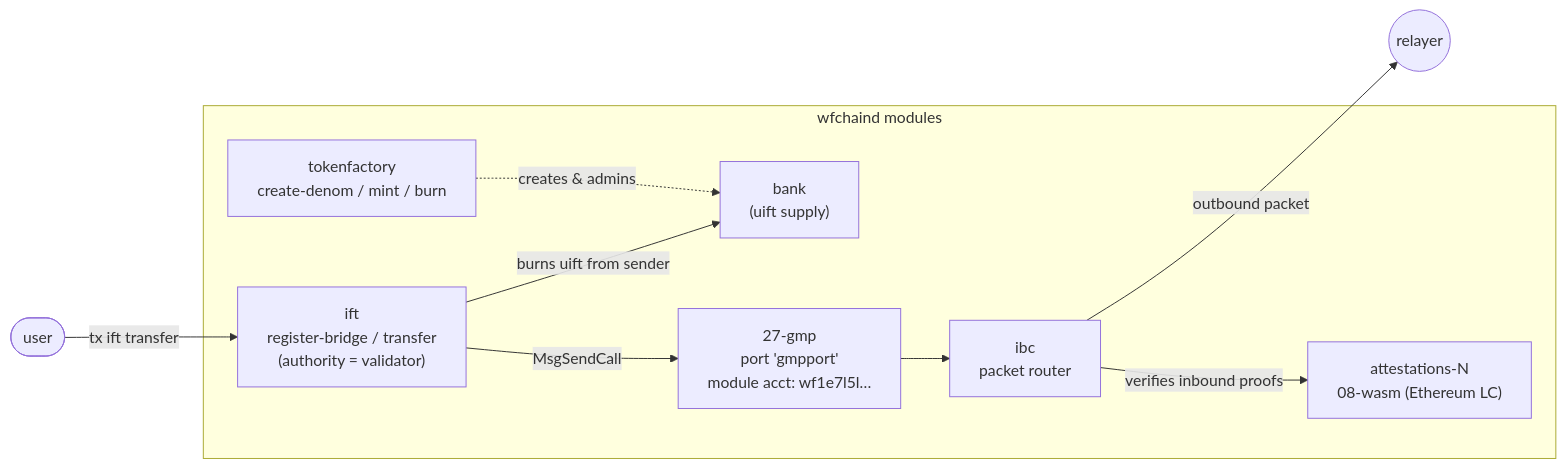
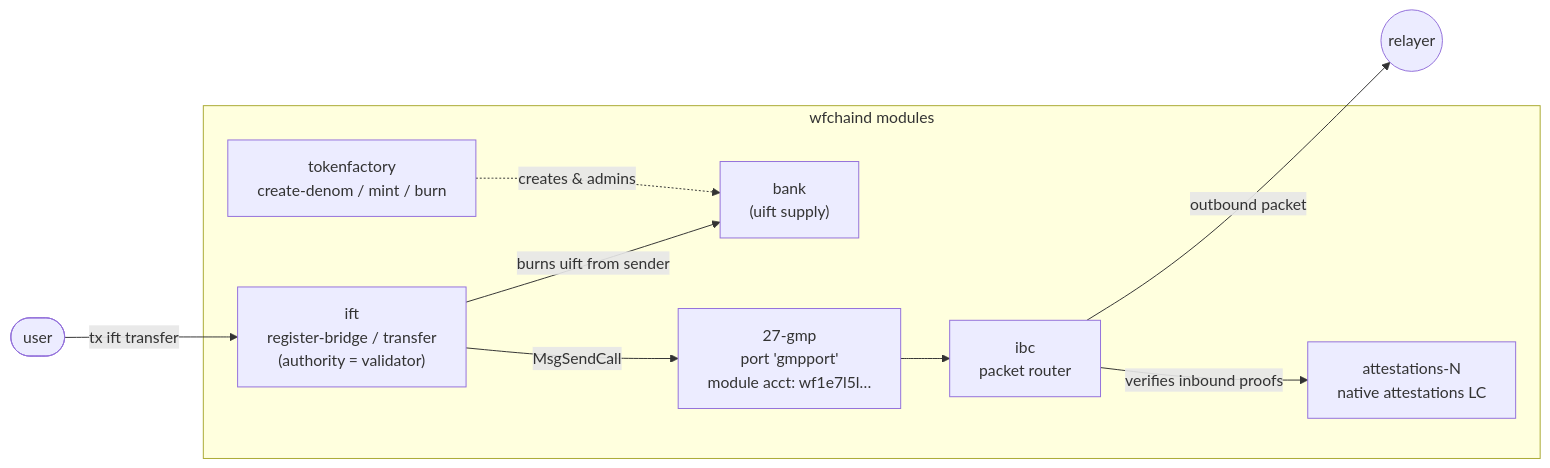
The second of 3 diagrams in demo/cosmos-evm/README.md (cosmos/ibc-e2e-docs-example), drawn with Mermaid before and after one commit. The commit also changed other lines of this file and 8 other files, not shown here.

````diff
--- a/demo/cosmos-evm/README.md
+++ b/demo/cosmos-evm/README.md
@@ -62,19 +62,19 @@
 ```mermaid
 graph LR
     subgraph Cosmos["wfchaind modules"]
         Bank["bank<br/>(uift supply)"]
         TF["tokenfactory<br/>create-denom / mint / burn"]
         IFT["ift<br/>register-bridge / transfer<br/>(authority = validator)"]
         GMP["27-gmp<br/>port 'gmpport'<br/>module acct: wf1e7l5l…"]
         IBC["ibc<br/>packet router"]
-        AttLC["attestations-N<br/>08-wasm (Ethereum LC)"]
+        AttLC["attestations-N<br/>native attestations LC"]
     end
 
     User(["user"]) -->|tx ift transfer| IFT
     IFT -->|burns uift from sender| Bank
     IFT -->|MsgSendCall| GMP
     TF -.->|creates & admins| Bank
     GMP --> IBC
     IBC -->|outbound packet| Relayer(("relayer"))
     IBC -->|verifies inbound proofs| AttLC
 ```
````
